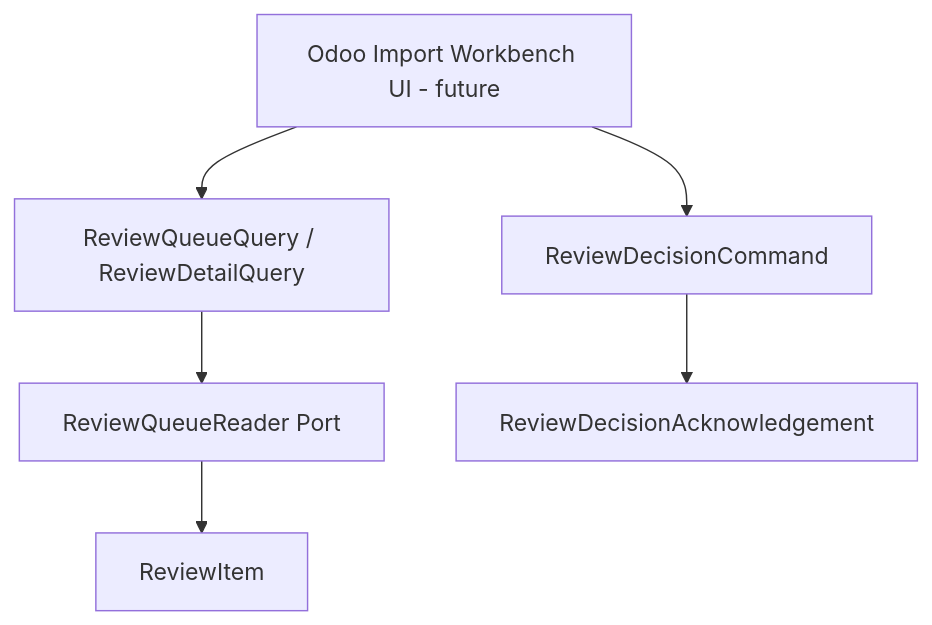
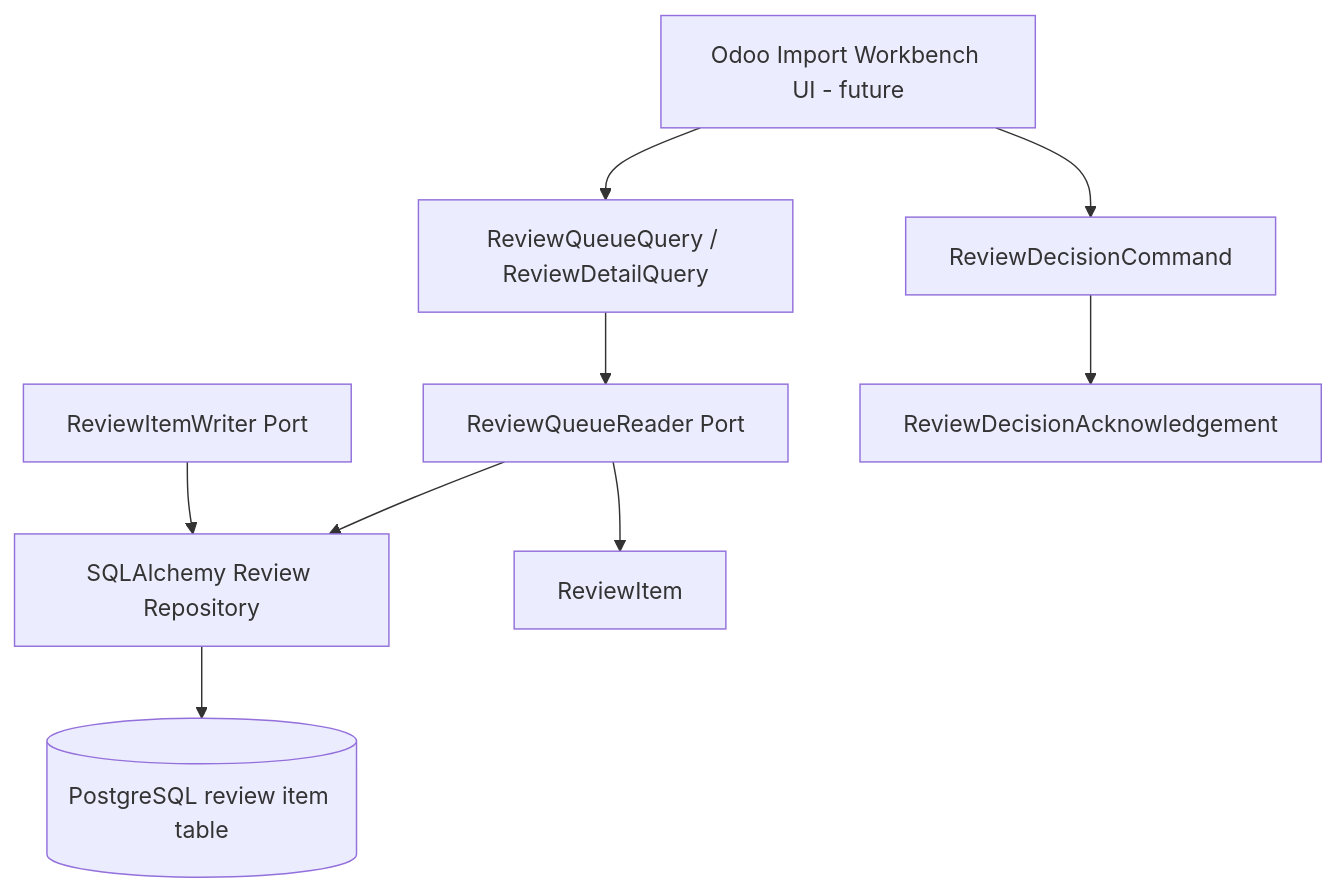
One commit to odurmazoglu/ict-integration-hub changed the third of 3 diagrams in docs/IMPORT_WORKBENCH.md. Above: the diagram before and after it, drawn with Mermaid. The commit also changed other lines of this file and 18 other files, not shown here.

````diff
--- a/docs/IMPORT_WORKBENCH.md
+++ b/docs/IMPORT_WORKBENCH.md
@@ -94,15 +129,21 @@
 ```mermaid
 flowchart TB
     OdooWorkbench[Odoo Import Workbench UI - future]
     Query[ReviewQueueQuery / ReviewDetailQuery]
     Reader[ReviewQueueReader Port]
+    Writer[ReviewItemWriter Port]
+    Repository[SQLAlchemy Review Repository]
+    Store[(PostgreSQL review item table)]
     Item[ReviewItem]
     Command[ReviewDecisionCommand]
     Ack[ReviewDecisionAcknowledgement]
 
     OdooWorkbench --> Query
     Query --> Reader
+    Writer --> Repository
+    Reader --> Repository
+    Repository --> Store
     Reader --> Item
     OdooWorkbench --> Command
     Command --> Ack
 ```
````
